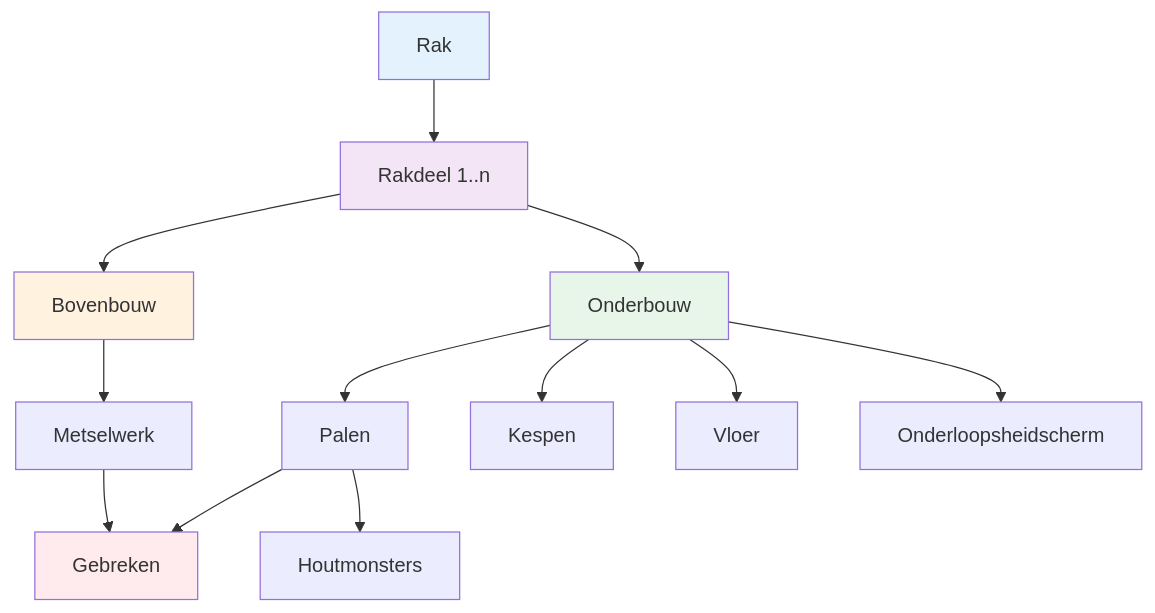
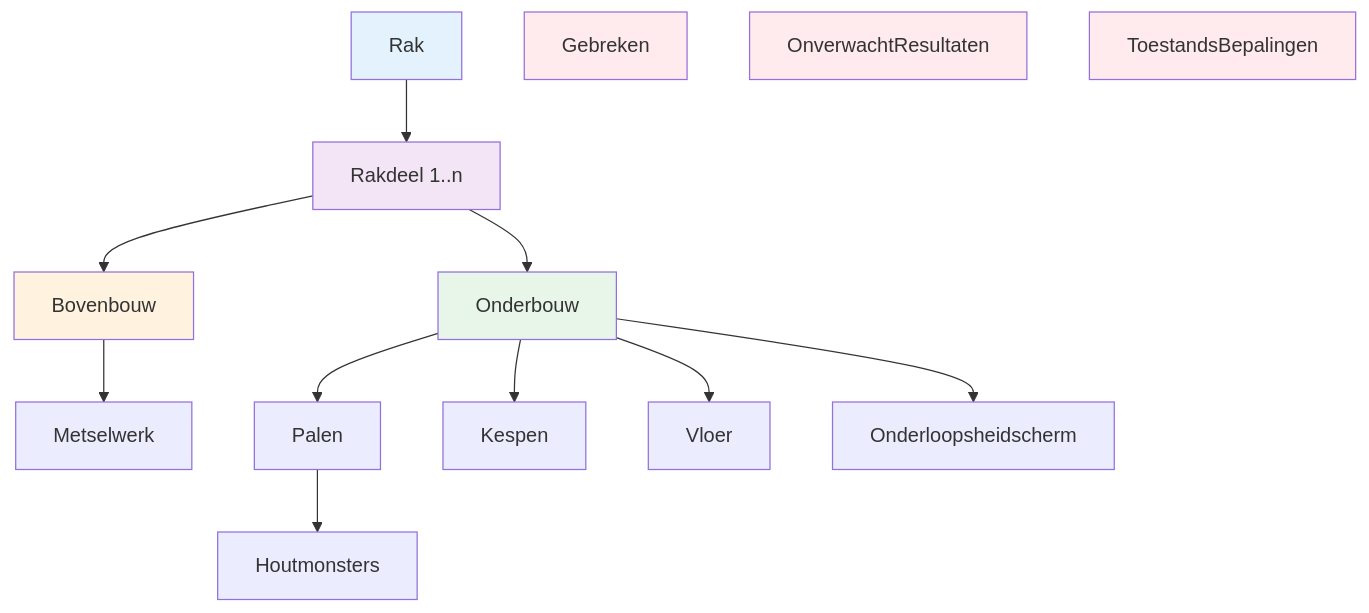
Before and after one commit to SammieKn/tekstherkenning-ark: the second of 2 diagrams in README.md, drawn with Mermaid. The commit also changed other lines of this file, not shown here.

Commit message:
update diagrammen en teksten README

````diff
--- a/README.md
+++ b/README.md
@@ -165,23 +165,27 @@
 ```mermaid
 graph TD
     A[Rak] --> B[Rakdeel 1..n]
     B --> C[Bovenbouw]
     B --> D[Onderbouw]
     
     C --> E[Metselwerk]
-    E --> F[Gebreken]
     
     D --> G[Palen]
     D --> H[Kespen]
     D --> I[Vloer]
     D --> J[Onderloopsheidscherm]
     
     G --> K[Houtmonsters]
-    G --> F
     
+    X[Gebreken]
+    Y[OnverwachtResultaten]
+    Z[ToestandsBepalingen]
+
     style A fill:#e3f2fd
     style B fill:#f3e5f5
     style C fill:#fff3e0
     style D fill:#e8f5e9
-    style F fill:#ffebee
+    style X fill:#ffebee
+    style Y fill:#ffebee
+    style Z fill:#ffebee
 ```
````
